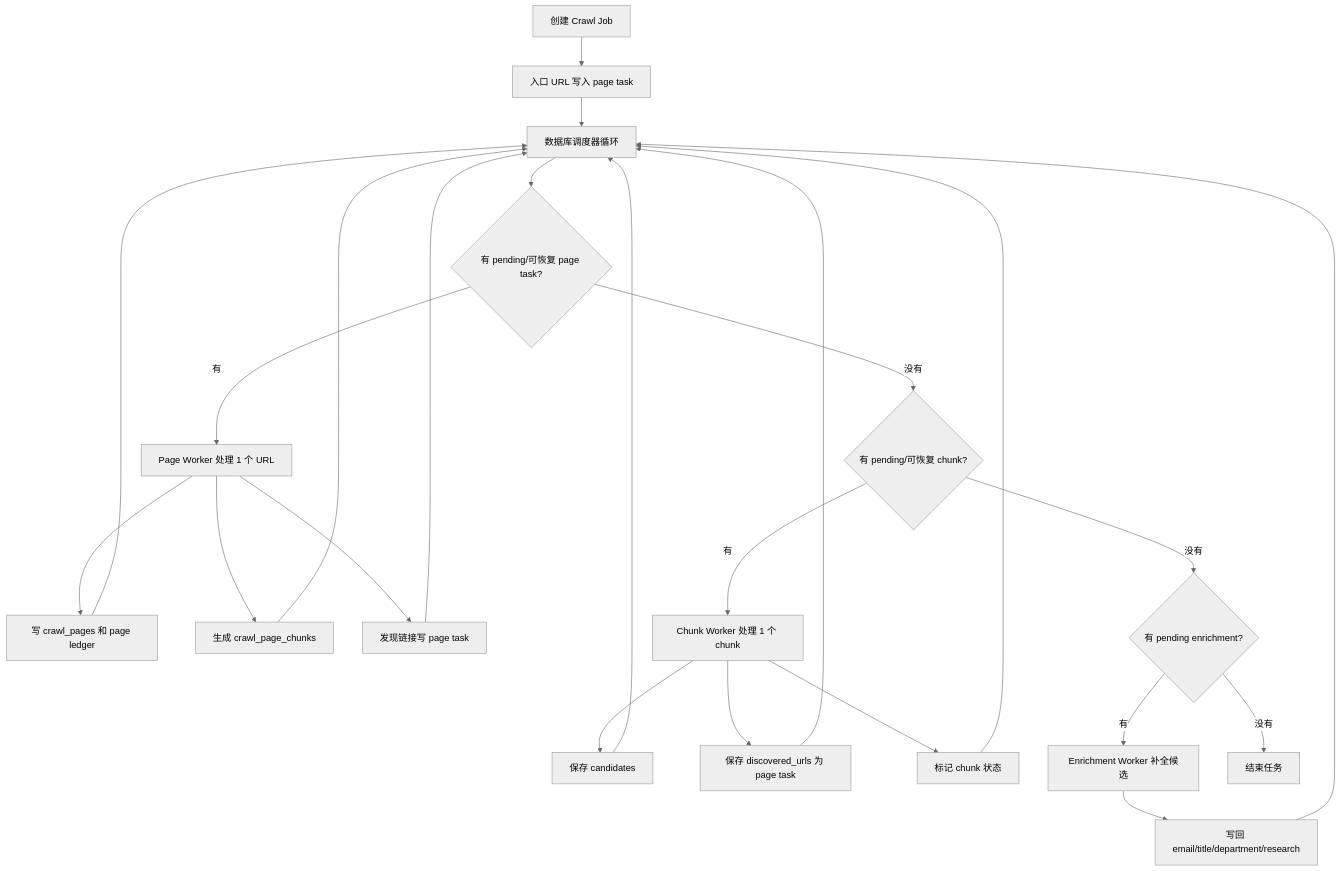
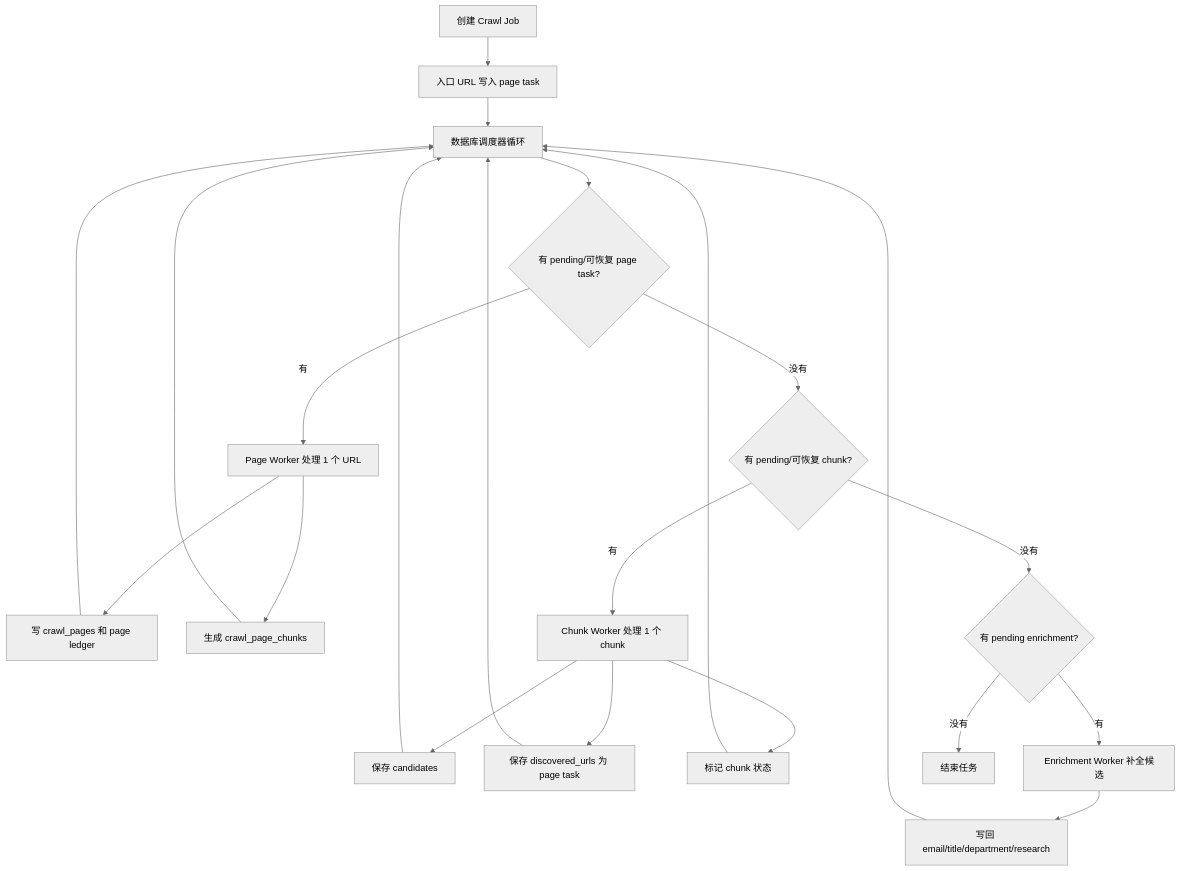
The diagram in docs/superpowers/specs/2026-05-29-crawler-runtime-v2-database-scheduler-design.md (JunieXD/AutoEmailSender), drawn with Mermaid (neutral theme) before and after one commit. The commit also changed other lines of this file and 3 other files, not shown here.

````diff
--- a/docs/superpowers/specs/2026-05-29-crawler-runtime-v2-database-scheduler-design.md
+++ b/docs/superpowers/specs/2026-05-29-crawler-runtime-v2-database-scheduler-design.md
@@ -55,30 +55,30 @@
 ```mermaid
 flowchart TD
     A["创建 Crawl Job"] --> B["入口 URL 写入 page task"]
     B --> C["数据库调度器循环"]
 
     C --> D{"有 pending/可恢复 page task?"}
     D -- "有" --> E["Page Worker 处理 1 个 URL"]
     E --> F["写 crawl_pages 和 page ledger"]
     E --> G["生成 crawl_page_chunks"]
-    E --> H["发现链接写 page task"]
+
     F --> C
     G --> C
-    H --> C
+
 
     D -- "没有" --> I{"有 pending/可恢复 chunk?"}
     I -- "有" --> J["Chunk Worker 处理 1 个 chunk"]
     J --> K["保存 candidates"]
     J --> L["保存 discovered_urls 为 page task"]
     J --> M["标记 chunk 状态"]
     K --> C
     L --> C
     M --> C
 
     I -- "没有" --> N{"有 pending enrichment?"}
     N -- "有" --> O["Enrichment Worker 补全候选"]
     O --> P["写回 email/title/department/research"]
     P --> C
 
     N -- "没有" --> Q["结束任务"]
 ```
````
